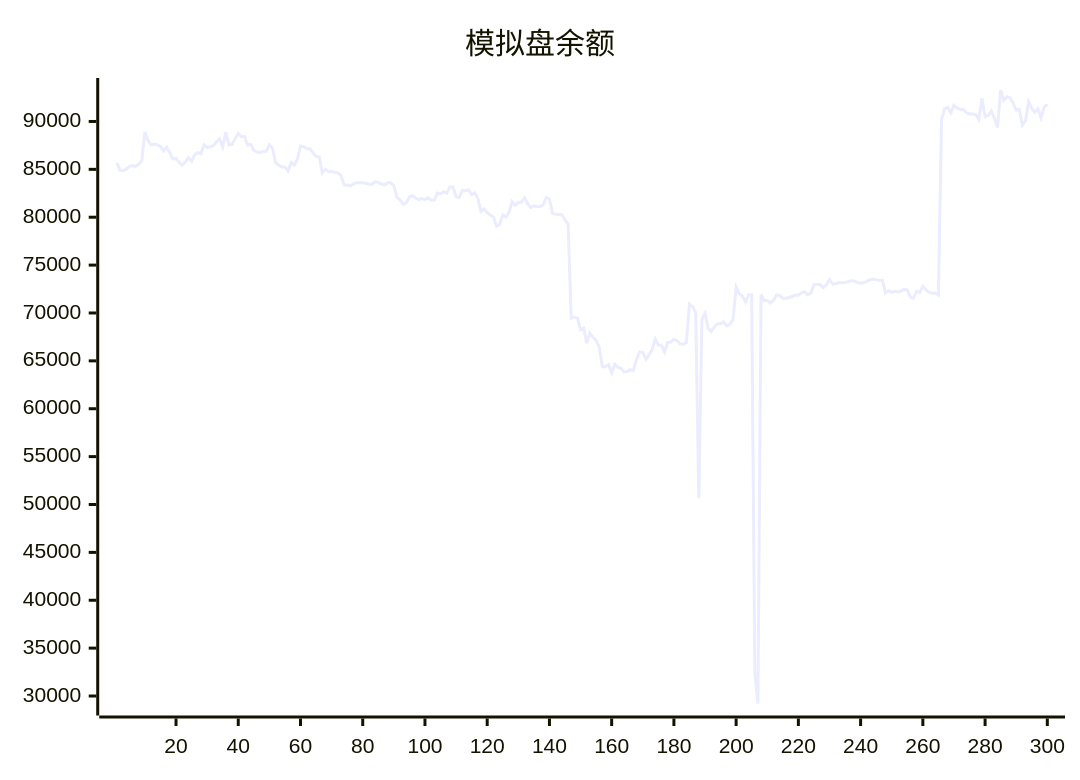
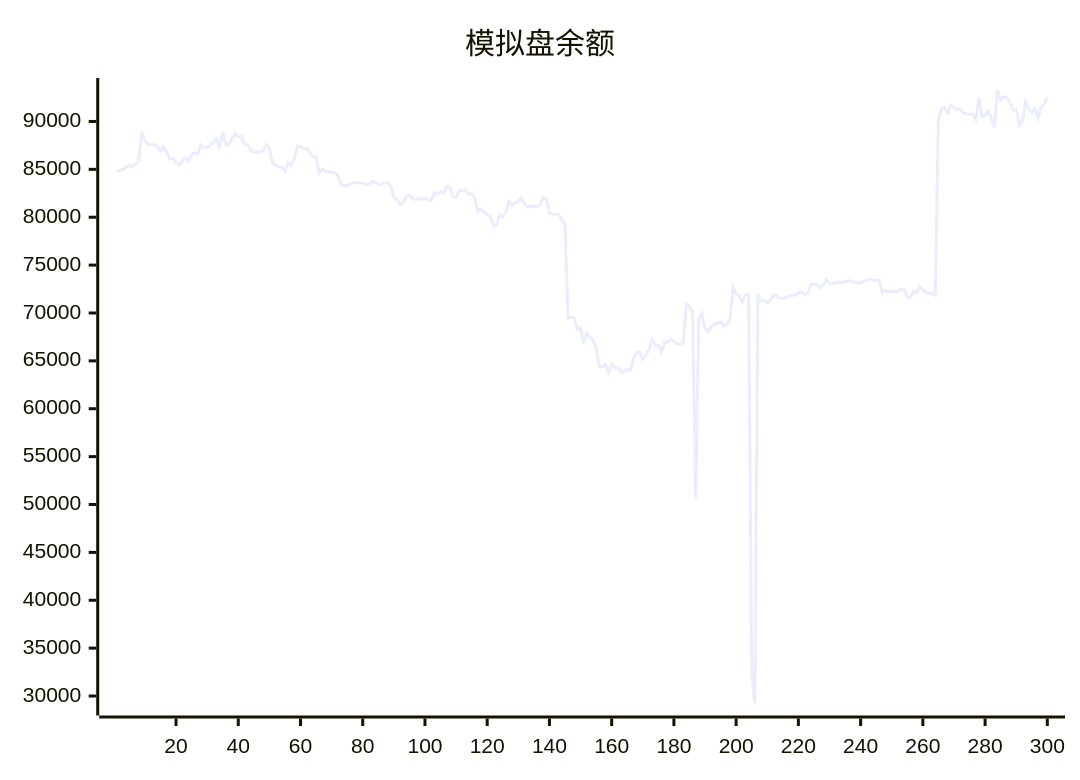
One commit to aahl/ai-trading changed the diagram in README.md. Above: the diagram before and after it, drawn with Mermaid. The commit also changed other lines of this file and 1 other file, not shown here.

````diff
--- a/README.md
+++ b/README.md
@@ -5,5 +5,5 @@
 ```mermaid
 xychart
     title "模拟盘余额"
-    line [85674,84891,84864,85019,85284,85393,85294,85538,85894,88904,88012,87567,87625,87568,87386,86920,87313,86737,86094,86143,85725,85437,85787,86219,85859,86526,86740,86630,87563,87264,87335,87483,87886,88180,87335,88894,87544,87608,88207,88755,88401,88444,87543,87608,87000,86810,86740,86894,86884,87576,87209,85686,85435,85251,85255,84820,85689,85453,86066,87420,87373,87161,87178,86740,86341,86315,84643,85012,84772,84768,84690,84635,84376,83360,83357,83259,83474,83608,83606,83602,83548,83440,83454,83724,83644,83464,83365,83590,83592,83275,82072,81806,81344,81492,82109,82254,82006,81848,81955,81829,82022,81769,81776,82522,82441,82656,82498,83144,83144,82150,82038,82797,82763,82872,82367,82536,81981,80612,80862,80484,80242,80034,79063,79245,80226,80016,80507,81625,81233,81544,81578,82016,81401,81019,81186,81130,81118,81306,82066,81909,80392,80304,80291,80258,79729,79261,69466,69579,69456,68251,68415,66832,67911,67462,67144,66432,64380,64375,64606,63740,64647,64324,64216,63842,63877,64078,64008,65156,65945,65888,65157,65625,66144,67284,66653,66639,65924,66925,66956,67263,67108,66766,66729,66886,70927,70673,70049,50652,69334,69973,68400,68061,68578,68876,68879,69055,68662,68822,69329,72687,71999,71760,71162,71911,71896,32500,29218,71927,71297,71305,71044,71337,71883,71822,71536,71536,71622,71723,71880,71860,72100,72216,71887,72077,72940,72976,72966,72638,72948,73497,73004,73041,73173,73160,73186,73258,73375,73351,73173,73098,73161,73305,73474,73536,73457,73413,73412,72100,72333,72164,72272,72204,72285,72461,72421,71652,71521,72267,72157,72774,72424,72144,72060,72091,71858,90185,91338,91466,90900,91678,91404,91268,91244,90903,90779,90787,90721,90187,92429,90518,90619,91070,90328,89376,93286,92202,92581,92485,91947,91196,91259,89619,90086,92063,91355,90950,91327,90373,91498,91800]
+    line [84891,84864,85019,85284,85393,85294,85538,85894,88904,88012,87567,87625,87568,87386,86920,87313,86737,86094,86143,85725,85437,85787,86219,85859,86526,86740,86630,87563,87264,87335,87483,87886,88180,87335,88894,87544,87608,88207,88755,88401,88444,87543,87608,87000,86810,86740,86894,86884,87576,87209,85686,85435,85251,85255,84820,85689,85453,86066,87420,87373,87161,87178,86740,86341,86315,84643,85012,84772,84768,84690,84635,84376,83360,83357,83259,83474,83608,83606,83602,83548,83440,83454,83724,83644,83464,83365,83590,83592,83275,82072,81806,81344,81492,82109,82254,82006,81848,81955,81829,82022,81769,81776,82522,82441,82656,82498,83144,83144,82150,82038,82797,82763,82872,82367,82536,81981,80612,80862,80484,80242,80034,79063,79245,80226,80016,80507,81625,81233,81544,81578,82016,81401,81019,81186,81130,81118,81306,82066,81909,80392,80304,80291,80258,79729,79261,69466,69579,69456,68251,68415,66832,67911,67462,67144,66432,64380,64375,64606,63740,64647,64324,64216,63842,63877,64078,64008,65156,65945,65888,65157,65625,66144,67284,66653,66639,65924,66925,66956,67263,67108,66766,66729,66886,70927,70673,70049,50652,69334,69973,68400,68061,68578,68876,68879,69055,68662,68822,69329,72687,71999,71760,71162,71911,71896,32500,29218,71927,71297,71305,71044,71337,71883,71822,71536,71536,71622,71723,71880,71860,72100,72216,71887,72077,72940,72976,72966,72638,72948,73497,73004,73041,73173,73160,73186,73258,73375,73351,73173,73098,73161,73305,73474,73536,73457,73413,73412,72100,72333,72164,72272,72204,72285,72461,72421,71652,71521,72267,72157,72774,72424,72144,72060,72091,71858,90185,91338,91466,90900,91678,91404,91268,91244,90903,90779,90787,90721,90187,92429,90518,90619,91070,90328,89376,93286,92202,92581,92485,91947,91196,91259,89619,90086,92063,91355,90950,91327,90373,91498,91800,92531]
 ```
````
